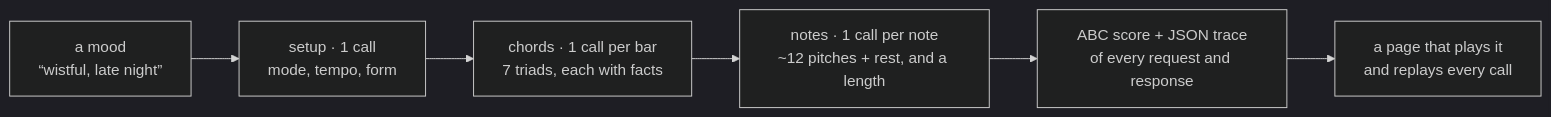
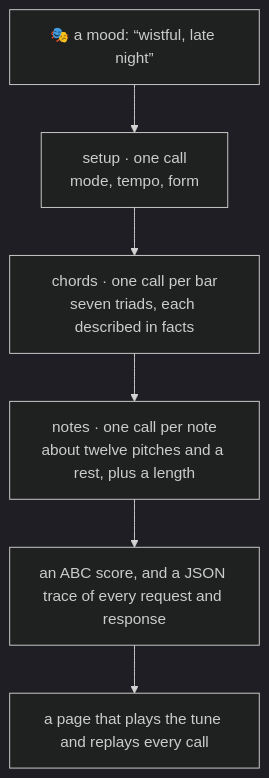
One commit to beingcognitive/jev-songwriter changed the diagram in README.md. Above: the diagram before and after it, drawn with Mermaid (dark theme).

Commit message:
README: top-down pipeline diagram

````diff
--- a/README.md
+++ b/README.md
@@ -42,8 +42,8 @@
 ```mermaid
-flowchart LR
-  M["a mood<br/>“wistful, late night”"] --> S["setup · 1 call<br/>mode, tempo, form"]
-  S --> C["chords · 1 call per bar<br/>7 triads, each with facts"]
-  C --> N["notes · 1 call per note<br/>~12 pitches + rest, and a length"]
-  N --> O["ABC score + JSON trace<br/>of every request and response"]
-  O --> P["a page that plays it<br/>and replays every call"]
+flowchart TD
+  M["🎭 a mood: “wistful, late night”"] --> S["setup · one call<br/>mode, tempo, form"]
+  S --> C["chords · one call per bar<br/>seven triads, each described in facts"]
+  C --> N["notes · one call per note<br/>about twelve pitches and a rest, plus a length"]
+  N --> O["an ABC score, and a JSON trace of every request and response"]
+  O --> P["a page that plays the tune and replays every call"]
 ```
````
